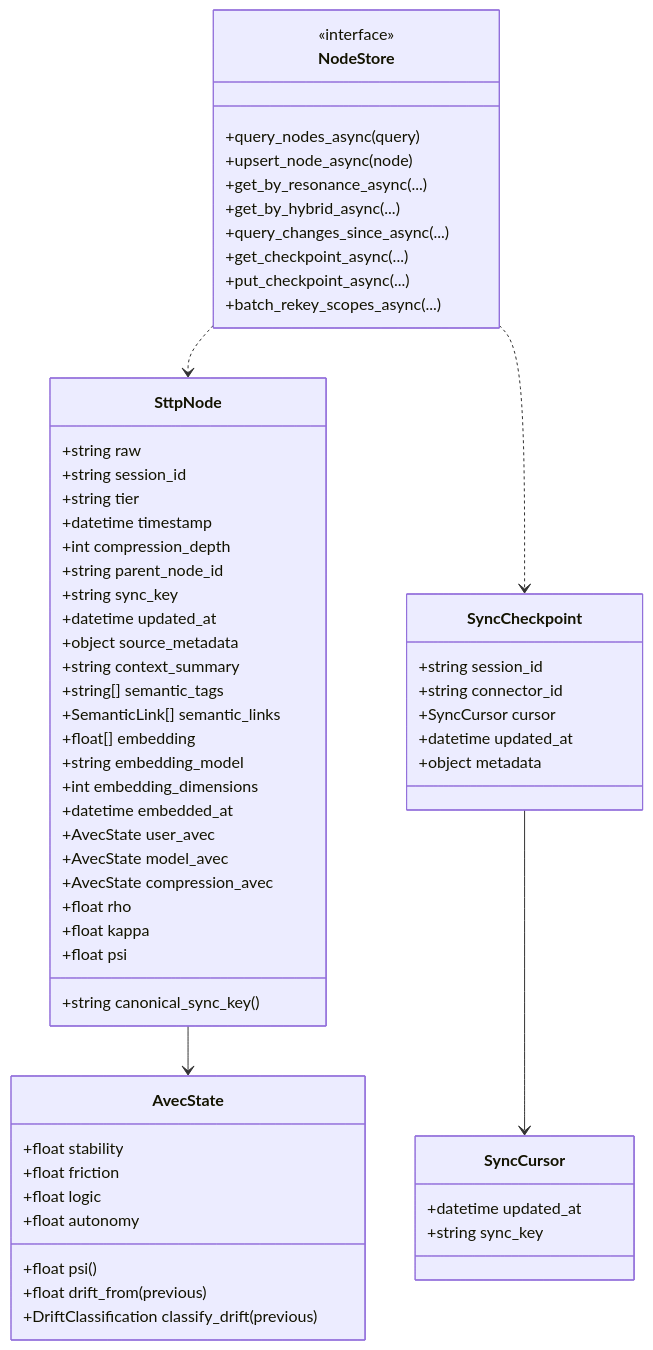
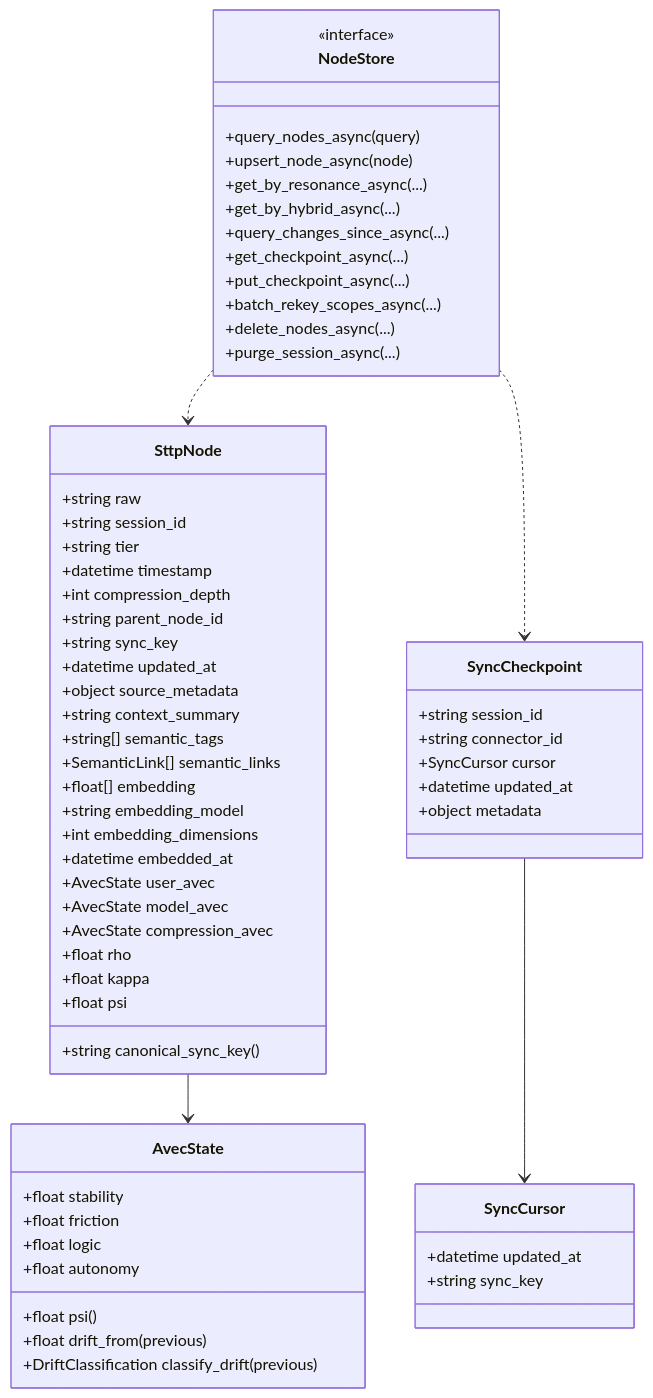
Before and after one commit to EntasisLabs/locus: the second of 3 diagrams in docs/core-database-schema.md, drawn with Mermaid. The commit also changed other lines of this file and 20 other files, not shown here.

````diff
--- a/docs/core-database-schema.md
+++ b/docs/core-database-schema.md
@@ -73,68 +73,70 @@
 ```mermaid
 classDiagram
     class AvecState {
       +float stability
       +float friction
       +float logic
       +float autonomy
       +float psi()
       +float drift_from(previous)
       +DriftClassification classify_drift(previous)
     }
 
     class SttpNode {
       +string raw
       +string session_id
       +string tier
       +datetime timestamp
       +int compression_depth
       +string parent_node_id
       +string sync_key
       +datetime updated_at
       +object source_metadata
       +string context_summary
       +string[] semantic_tags
       +SemanticLink[] semantic_links
       +float[] embedding
       +string embedding_model
       +int embedding_dimensions
       +datetime embedded_at
       +AvecState user_avec
       +AvecState model_avec
       +AvecState compression_avec
       +float rho
       +float kappa
       +float psi
       +string canonical_sync_key()
     }
 
     class SyncCursor {
       +datetime updated_at
       +string sync_key
     }
 
     class SyncCheckpoint {
       +string session_id
       +string connector_id
       +SyncCursor cursor
       +datetime updated_at
       +object metadata
     }
 
     class NodeStore {
       <<interface>>
       +query_nodes_async(query)
       +upsert_node_async(node)
       +get_by_resonance_async(...)
       +get_by_hybrid_async(...)
       +query_changes_since_async(...)
       +get_checkpoint_async(...)
       +put_checkpoint_async(...)
       +batch_rekey_scopes_async(...)
+      +delete_nodes_async(...)
+      +purge_session_async(...)
     }
 
     SttpNode --> AvecState
     SyncCheckpoint --> SyncCursor
     NodeStore ..> SttpNode
     NodeStore ..> SyncCheckpoint
 ```
````
